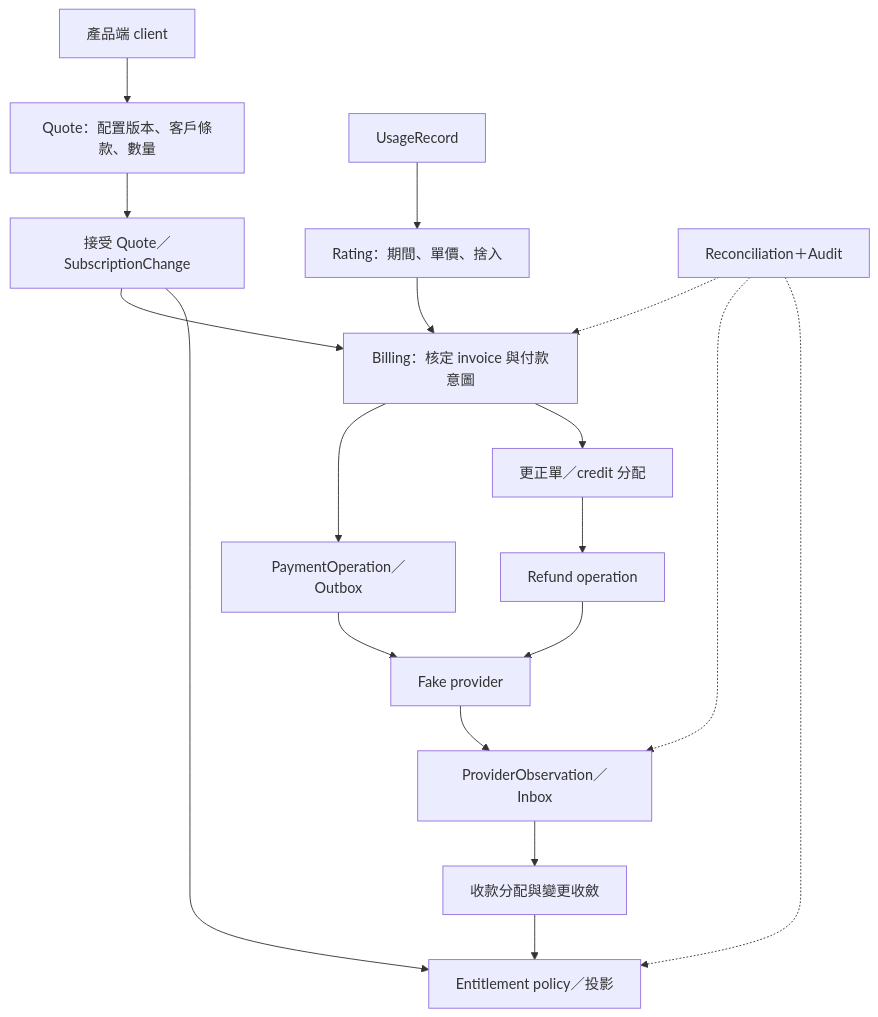
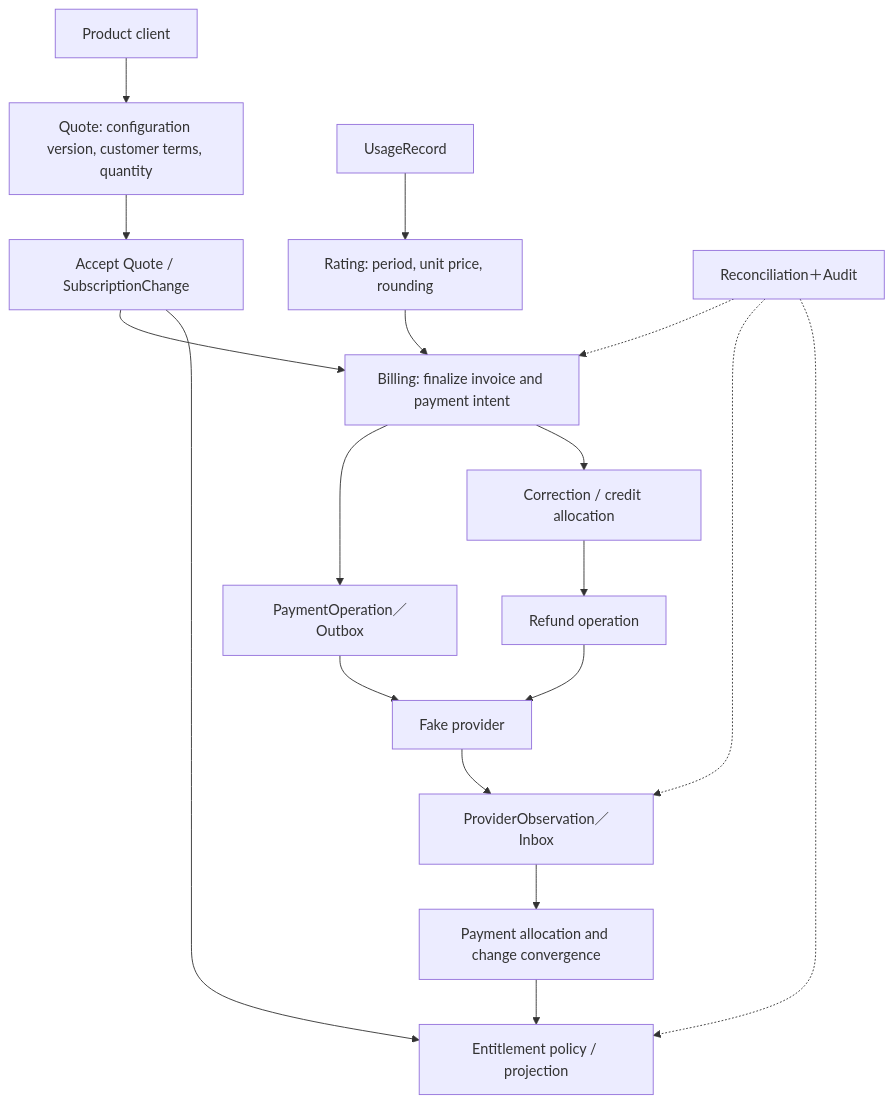
One commit to herefindalex/billforge changed the diagram in docs/commerce-lab-plan.md. Above: the diagram before and after it, drawn with Mermaid. The commit also changed other lines of this file and 86 other files, not shown here.

````diff
--- a/docs/commerce-lab-plan.md
+++ b/docs/commerce-lab-plan.md
@@ -92,20 +95,20 @@
 ```mermaid
 flowchart TD
-    A["產品端 client"] --> Q["Quote：配置版本、客戶條款、數量"]
-    Q --> S["接受 Quote／SubscriptionChange"]
-    S --> B["Billing：核定 invoice 與付款意圖"]
-    U["UsageRecord"] --> R["Rating：期間、單價、捨入"]
+    A["Product client"] --> Q["Quote: configuration version, customer terms, quantity"]
+    Q --> S["Accept Quote / SubscriptionChange"]
+    S --> B["Billing: finalize invoice and payment intent"]
+    U["UsageRecord"] --> R["Rating: period, unit price, rounding"]
     R --> B
     B --> P["PaymentOperation／Outbox"]
     P --> F["Fake provider"]
     F --> O["ProviderObservation／Inbox"]
-    O --> C["收款分配與變更收斂"]
-    C --> E["Entitlement policy／投影"]
+    O --> C["Payment allocation and change convergence"]
+    C --> E["Entitlement policy / projection"]
     S --> E
-    B --> X["更正單／credit 分配"]
+    B --> X["Correction / credit allocation"]
     X --> RF["Refund operation"]
     RF --> F
     RC["Reconciliation＋Audit"] -.-> B
     RC -.-> O
     RC -.-> E
 ```
````
